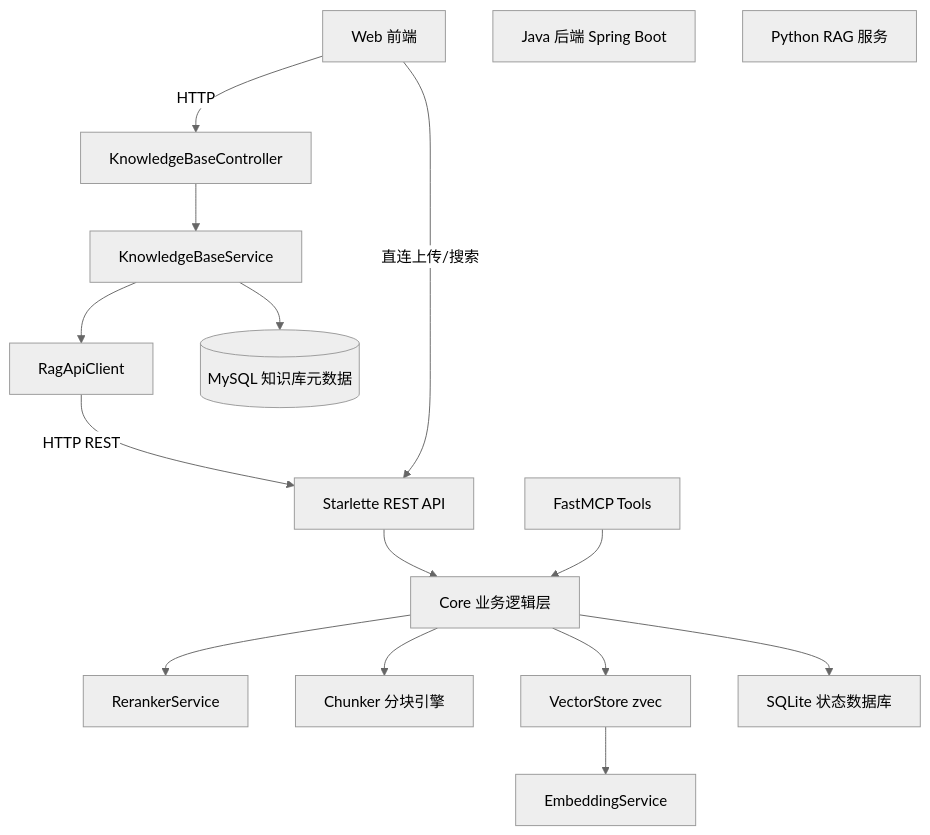
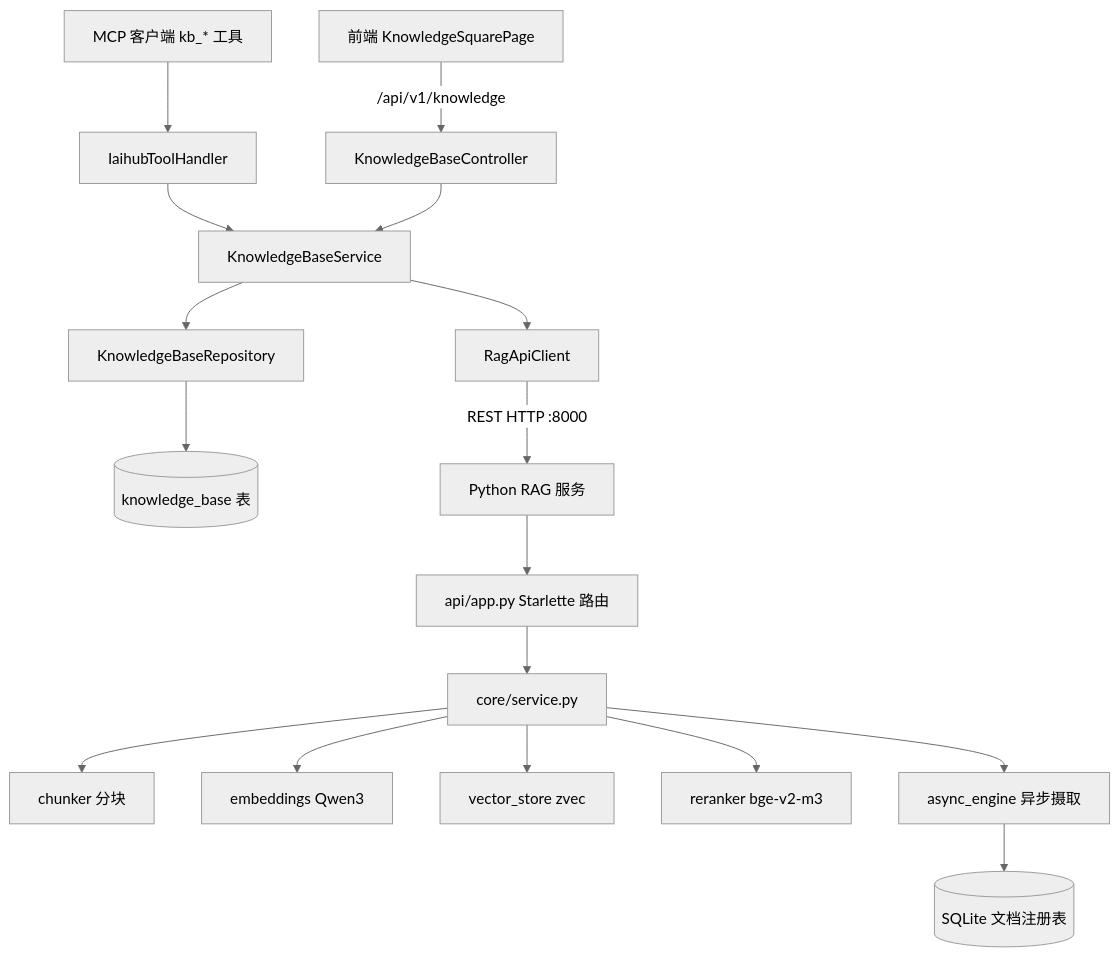
Before and after one commit to mambo-wang/CodingHub: the diagram in repowiki/wiki/modules/知识库与RAG.md, drawn with Mermaid (neutral theme). The commit also changed other lines of this file and 99 other files, not shown here.

````diff
--- a/repowiki/wiki/modules/知识库与RAG.md
+++ b/repowiki/wiki/modules/知识库与RAG.md
@@ -32,32 +22,19 @@
 ```mermaid
 graph TD
-    FE[Web 前端]
-    JAVA[Java 后端 Spring Boot]
-    CTRL[KnowledgeBaseController]
-    SVC[KnowledgeBaseService]
-    CLIENT[RagApiClient]
-    PYRAG[Python RAG 服务]
-    MCP[FastMCP Tools]
-    REST[Starlette REST API]
-    CORE[Core 业务逻辑层]
-    EMB[EmbeddingService]
-    RERANK[RerankerService]
-    CHUNK[Chunker 分块引擎]
-    VS[VectorStore zvec]
-    DB[SQLite 状态数据库]
-    MYSQL[(MySQL 知识库元数据)]
-
-    FE -->|HTTP| CTRL
-    CTRL --> SVC
-    SVC --> MYSQL
-    SVC --> CLIENT
-    CLIENT -->|HTTP REST| REST
-    FE -->|直连上传/搜索| REST
-    REST --> CORE
-    MCP --> CORE
-    CORE --> CHUNK
-    CORE --> VS
-    CORE --> DB
-    VS --> EMB
-    CORE --> RERANK
+    FE[前端 KnowledgeSquarePage] -->|/api/v1/knowledge| KC[KnowledgeBaseController]
+    MCP[MCP 客户端 kb_* 工具] --> TH[IaihubToolHandler]
+    TH --> KS[KnowledgeBaseService]
+    KC --> KS
+    KS --> KR[KnowledgeBaseRepository]
+    KR --> DB[(knowledge_base 表)]
+    KS --> RC[RagApiClient]
+    RC -->|REST HTTP :8000| RAG[Python RAG 服务]
+    RAG --> API[api/app.py Starlette 路由]
+    API --> SVC[core/service.py]
+    SVC --> CH[chunker 分块]
+    SVC --> EM[embeddings Qwen3]
+    SVC --> VS[vector_store zvec]
+    SVC --> RR[reranker bge-v2-m3]
+    SVC --> AE[async_engine 异步摄取]
+    AE --> SQ[(SQLite 文档注册表)]
 ```
````
